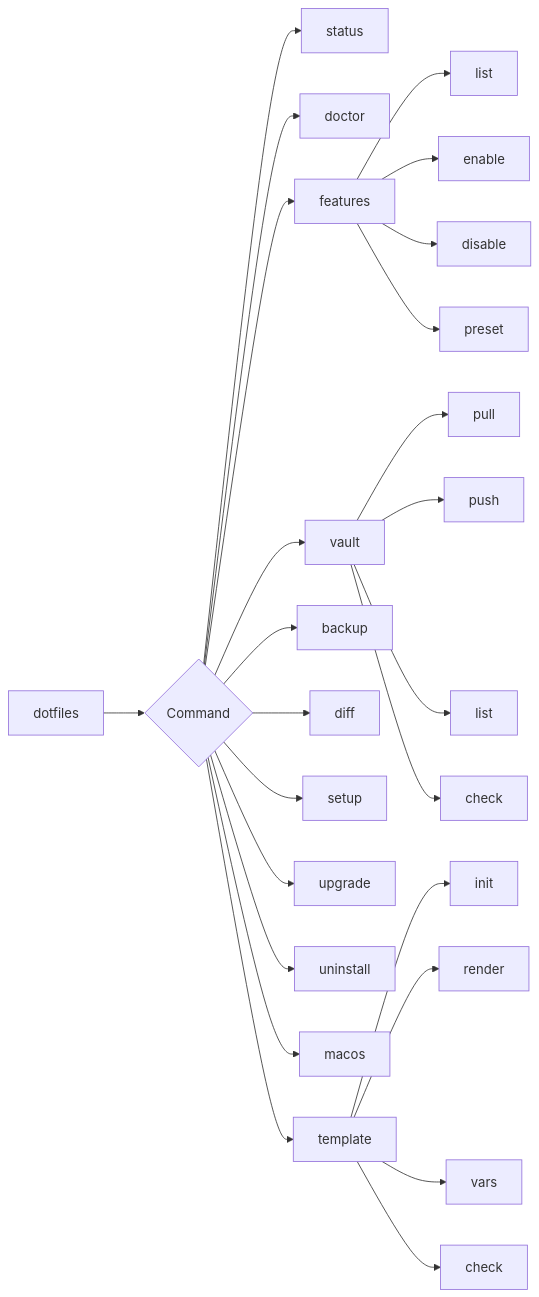
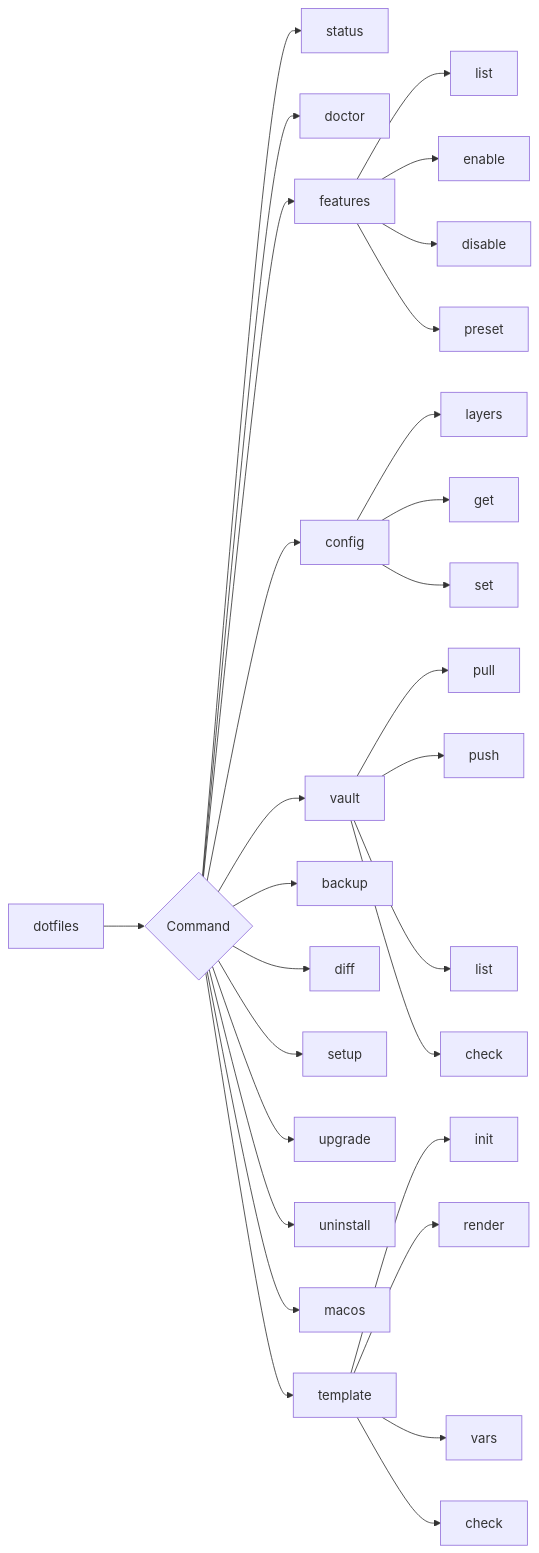
One commit to blackwell-systems/blackdot changed the third of 9 diagrams in docs/architecture.md. Above: the diagram before and after it, drawn with Mermaid. The commit also changed other lines of this file, not shown here.

Commit message:
docs: Update architecture.md with complete lib files and config command

````diff
--- a/docs/architecture.md
+++ b/docs/architecture.md
@@ -236,30 +236,35 @@
 ```mermaid
 graph LR
     A[dotfiles] --> B{Command}
     B --> C[status]
     B --> D[doctor]
     B --> M[features]
+    B --> N[config]
     B --> E[vault]
     B --> F[backup]
     B --> G[diff]
     B --> H[setup]
     B --> I[upgrade]
     B --> J[uninstall]
     B --> K[macos]
     B --> L[template]
 
     M --> M1[list]
     M --> M2[enable]
     M --> M3[disable]
     M --> M4[preset]
 
+    N --> N1[layers]
+    N --> N2[get]
+    N --> N3[set]
+
     E --> E1[pull]
     E --> E2[push]
     E --> E3[list]
     E --> E4[check]
 
     L --> L1[init]
     L --> L2[render]
     L --> L3[vars]
     L --> L4[check]
 ```
````
